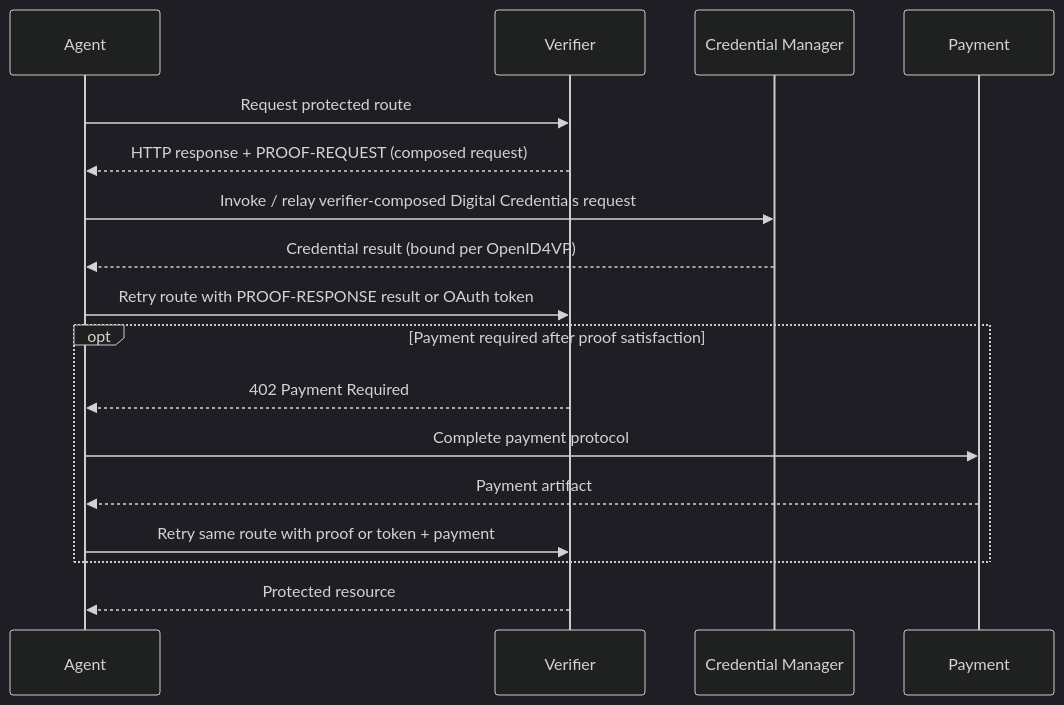
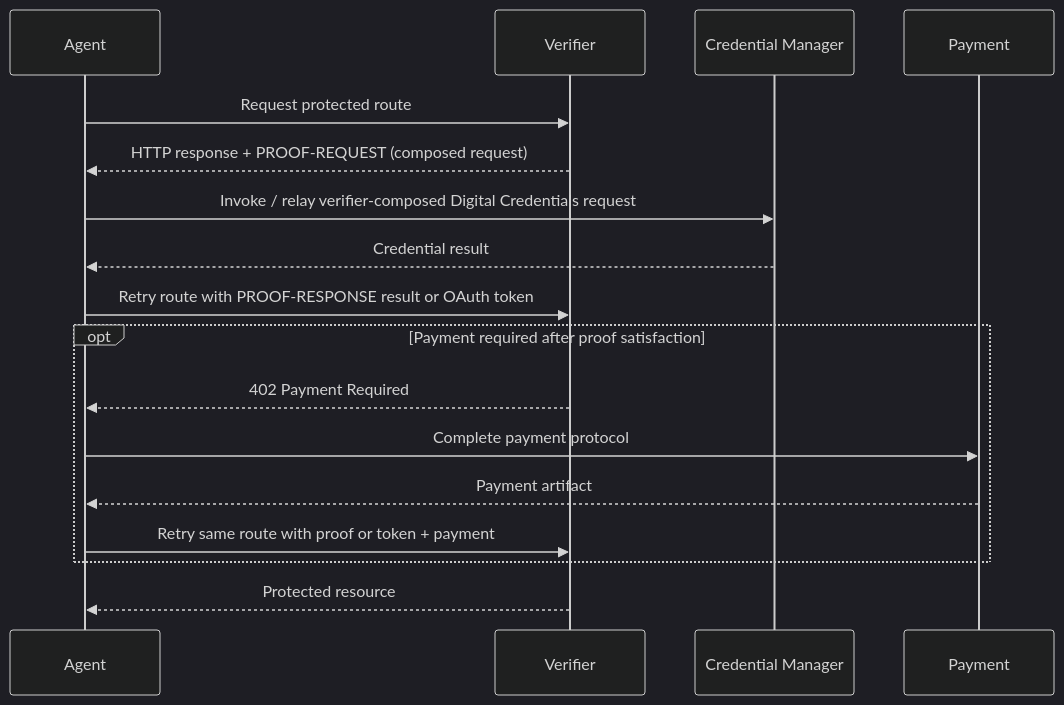
Before and after one commit to proof/x401: the first of 2 diagrams in spec.md, drawn with Mermaid (dark theme). The commit also changed other lines of this file, not shown here.

````diff
--- a/spec.md
+++ b/spec.md
@@ -239,19 +239,19 @@
 ```mermaid
 sequenceDiagram
     participant Agent
     participant Verifier
     participant CM as Credential Manager
     participant Payment
     Agent->>Verifier: Request protected route
     Verifier-->>Agent: HTTP response + PROOF-REQUEST (composed request)
     Agent->>CM: Invoke / relay verifier-composed Digital Credentials request
-    CM-->>Agent: Credential result (bound per OpenID4VP)
+    CM-->>Agent: Credential result
     Agent->>Verifier: Retry route with PROOF-RESPONSE result or OAuth token
     opt Payment required after proof satisfaction
         Verifier-->>Agent: 402 Payment Required
         Agent->>Payment: Complete payment protocol
         Payment-->>Agent: Payment artifact
         Agent->>Verifier: Retry same route with proof or token + payment
     end
     Verifier-->>Agent: Protected resource
 ```
````
